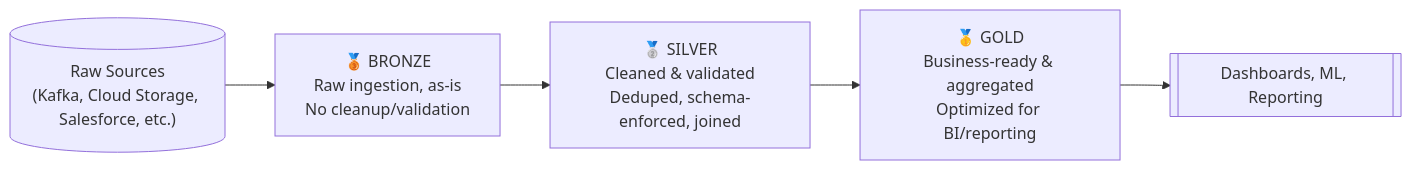
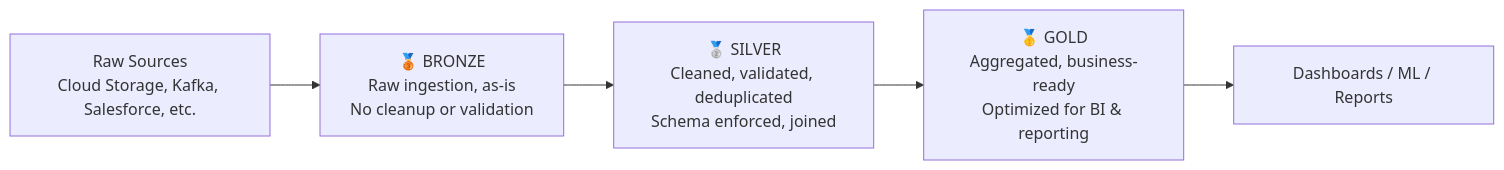
Before and after one commit to Panther010/learning: the first of 3 diagrams in Documents/Theory_and_concepts/databricks/databricks.md, drawn with Mermaid. The commit also changed other lines of this file and 2 other files, not shown here.

````diff
--- a/Documents/Theory_and_concepts/databricks/databricks.md
+++ b/Documents/Theory_and_concepts/databricks/databricks.md
@@ -52,7 +73,7 @@
 ```mermaid
 flowchart LR
-    A[("Raw Sources<br/>(Kafka, Cloud Storage, Salesforce, etc.)")] --> B["🥉 BRONZE<br/>Raw ingestion, as-is<br/>No cleanup/validation"]
-    B --> C["🥈 SILVER<br/>Cleaned & validated<br/>Deduped, schema-enforced, joined"]
-    C --> D["🥇 GOLD<br/>Business-ready & aggregated<br/>Optimized for BI/reporting"]
-    D --> E[["Dashboards, ML, Reporting"]]
+    A[Raw Sources<br/>Cloud Storage, Kafka, Salesforce, etc.] --> B["🥉 BRONZE<br/>Raw ingestion, as-is<br/>No cleanup or validation"]
+    B --> C["🥈 SILVER<br/>Cleaned, validated, deduplicated<br/>Schema enforced, joined"]
+    C --> D["🥇 GOLD<br/>Aggregated, business-ready<br/>Optimized for BI & reporting"]
+    D --> E[Dashboards / ML / Reports]
 ```
````
